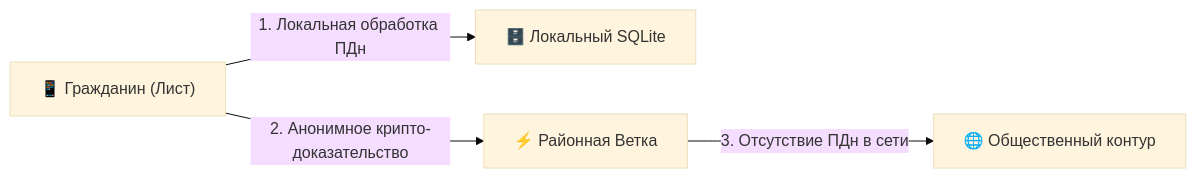
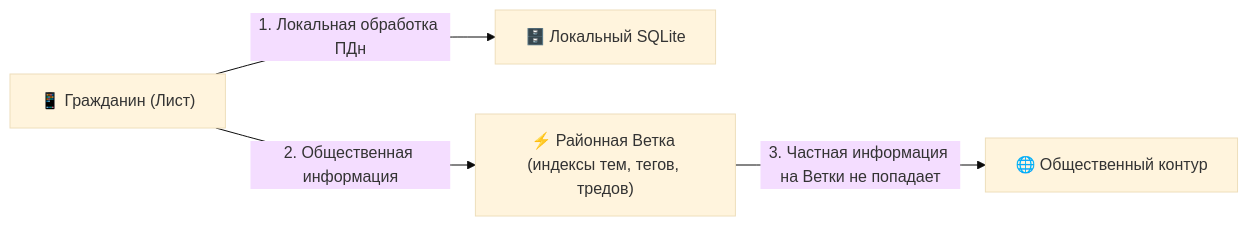
One commit to Data-Independence-Network/presentations changed the first of 2 diagrams in shared_docs/whitepapers/05_sovereign_governance_whitepaper.md. Above: the diagram before and after it, drawn with Mermaid (base theme). The commit also changed other lines of this file and 8 other files, not shown here.

````diff
--- a/shared_docs/whitepapers/05_sovereign_governance_whitepaper.md
+++ b/shared_docs/whitepapers/05_sovereign_governance_whitepaper.md
@@ -53,6 +53,6 @@
 ```mermaid
 graph LR
     User["📱 Гражданин (Лист)"] -->|1. Локальная обработка ПДн| LocalDB["🗄️ Локальный SQLite"]
-    User -->|2. Анонимное крипто-доказательство| Branch["⚡ Районная Ветка"]
-    Branch -->|3. Отсутствие ПДн в сети| Public["🌐 Общественный контур"]
+    User -->|2. Общественная информация| Branch["⚡ Районная Ветка (индексы тем, тегов, тредов)"]
+    Branch -->|3. Частная информация на Ветки не попадает| Public["🌐 Общественный контур"]
 ```
````
